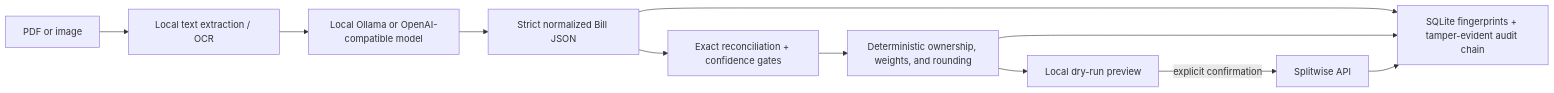
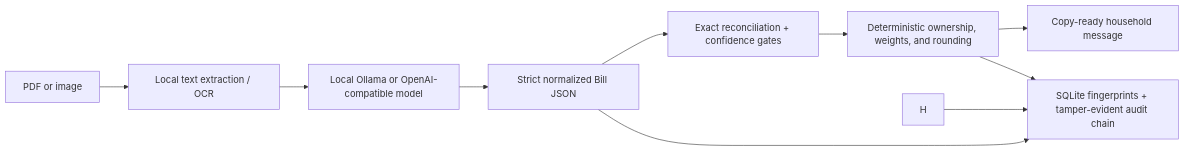
One commit to Dennis-Gireesh/llm-way-split changed the diagram in README.md. Above: the diagram before and after it, drawn with Mermaid. The commit also changed other lines of this file and 3 other files, not shown here.

Commit message:
Simplify app to local household WhatsApp results

````diff
--- a/README.md
+++ b/README.md
@@ -76,13 +55,12 @@
 ```mermaid
 flowchart LR
     A["PDF or image"] --> B["Local text extraction / OCR"]
     B --> C["Local Ollama or OpenAI-compatible model"]
     C --> D["Strict normalized Bill JSON"]
     D --> E["Exact reconciliation + confidence gates"]
     E --> F["Deterministic ownership, weights, and rounding"]
-    F --> G["Local dry-run preview"]
-    G -->|"explicit confirmation"| H["Splitwise API"]
+    F --> G["Copy-ready household message"]
     D --> I["SQLite fingerprints + tamper-evident audit chain"]
     F --> I
     H --> I
 ```
````
